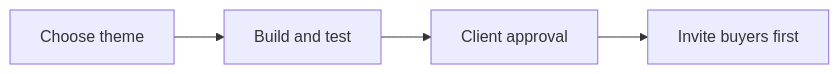
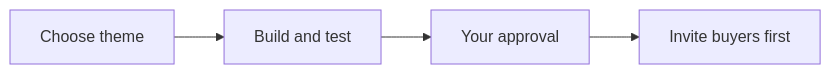
One commit to redrhino-online/red-canon changed the diagram in docs/ops/sops/next-big-thing-campaign.md. Above: the diagram before and after it, drawn with Mermaid. The commit also changed other lines of this file and 4 other files, not shown here.

````diff
--- a/docs/ops/sops/next-big-thing-campaign.md
+++ b/docs/ops/sops/next-big-thing-campaign.md
@@ -30,6 +29,6 @@
 ```mermaid
 flowchart LR
     A[Choose theme] --> B[Build and test]
-    B --> C[Client approval]
+    B --> C[Your approval]
     C --> D[Invite buyers first]
 ```
````
